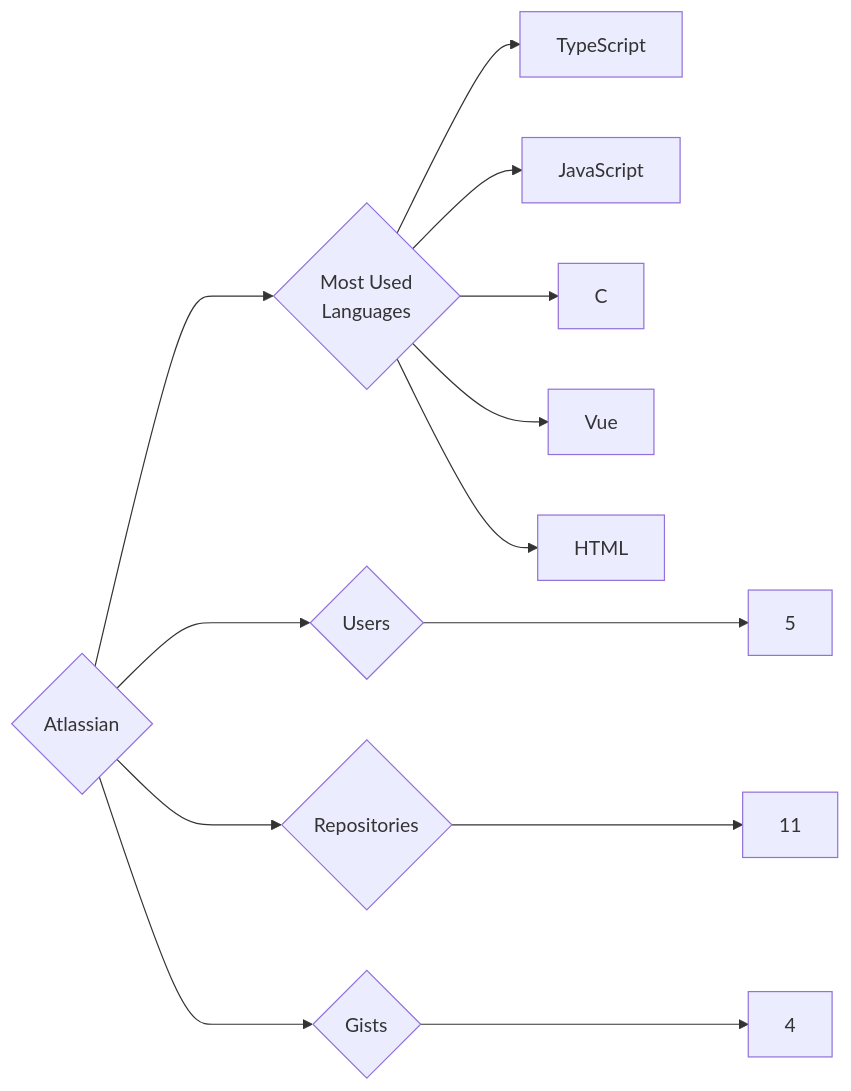
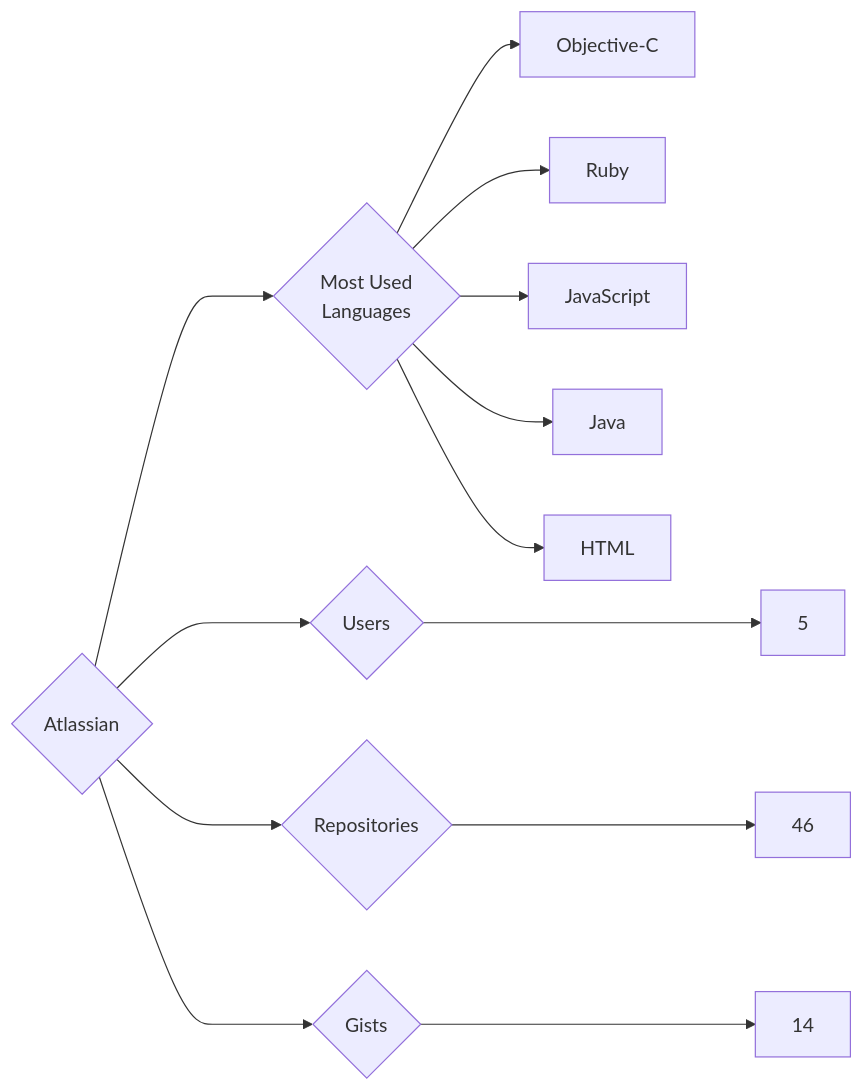
Before and after one commit to trickest/insiders: the diagram in targets/Atlassian/README.md, drawn with Mermaid. The commit also changed 1084 other files, not shown here.

````diff
--- a/targets/Atlassian/README.md
+++ b/targets/Atlassian/README.md
@@ -3,13 +3,13 @@
 ```mermaid
 graph LR
 COMPANY_NAME{Atlassian}
 COMPANY_NAME ---> U{Users} ---> UN[5]
-COMPANY_NAME ---> R{Repositories} ---> RN[11]
-COMPANY_NAME ---> G{Gists} ---> GN[4]
+COMPANY_NAME ---> R{Repositories} ---> RN[46]
+COMPANY_NAME ---> G{Gists} ---> GN[14]
 COMPANY_NAME ---> ML{Most Used<br>Languages}
-ML --> TypeScript[TypeScript]
+ML --> Objective-C[Objective-C]
+ML --> Ruby[Ruby]
 ML --> JavaScript[JavaScript]
-ML --> C[C]
-ML --> Vue[Vue]
+ML --> Java[Java]
 ML --> HTML[HTML]
 ```
````
